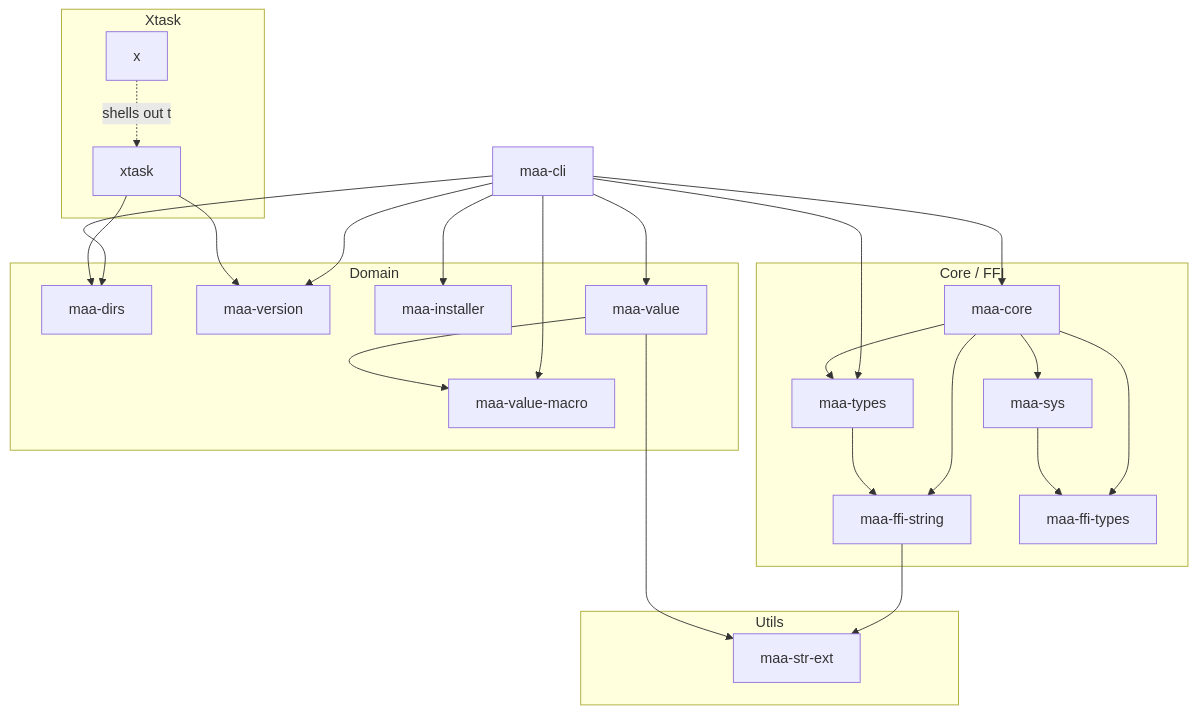
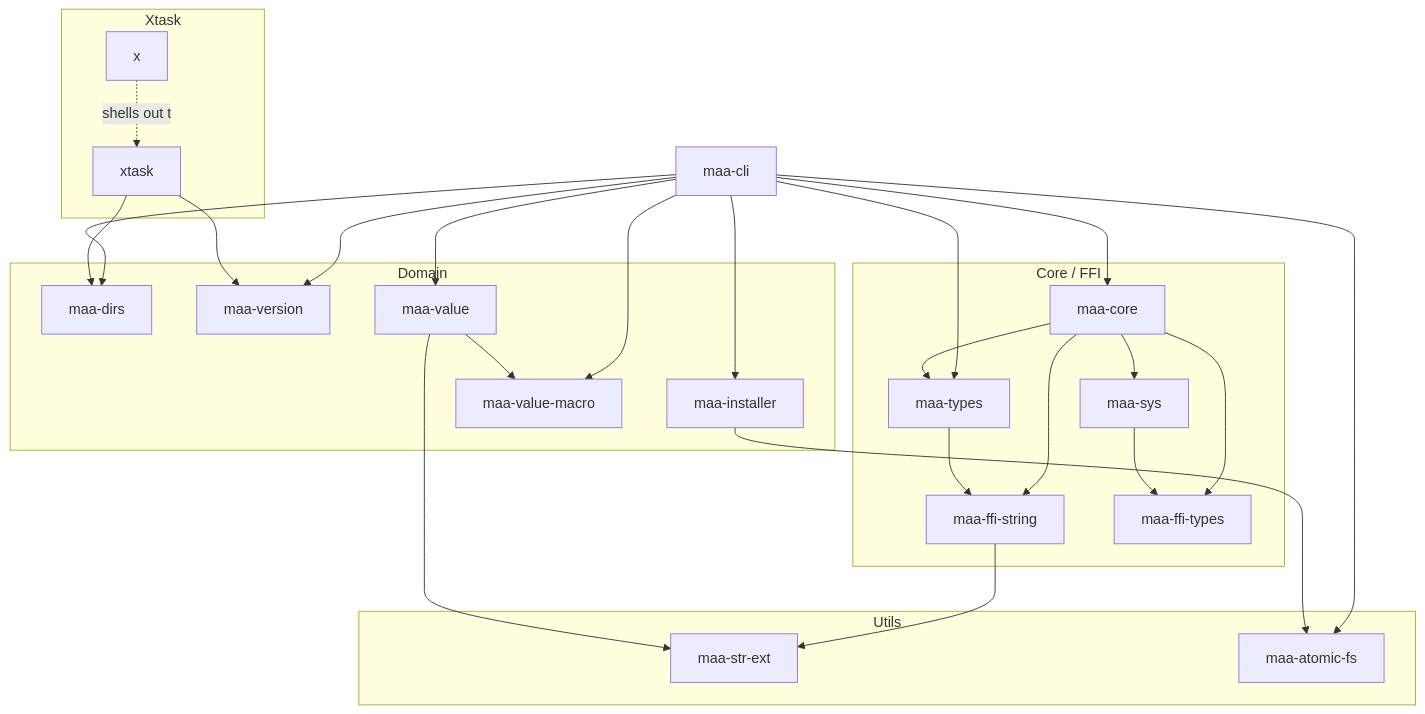
The diagram in AGENTS.md (MaaAssistantArknights/maa-cli), drawn with Mermaid before and after one commit. The commit also changed other lines of this file and 14 other files, not shown here.

````diff
--- a/AGENTS.md
+++ b/AGENTS.md
@@ -14,53 +14,56 @@
 ```mermaid
 graph TD
     CLI["maa-cli"]
 
     subgraph Domain
         DIRS["maa-dirs"]
         VERSION["maa-version"]
         INSTALLER["maa-installer"]
         VALUE["maa-value"]
         VALMACRO["maa-value-macro"]
     end
 
     subgraph Core["Core / FFI"]
         CORE["maa-core"]
         SYS["maa-sys"]
         FFISTR["maa-ffi-string"]
         TYPES["maa-types"]
         FFITYPES["maa-ffi-types"]
     end
 
     subgraph Utils
         STREXT["maa-str-ext"]
+        ATOMICFS["maa-atomic-fs"]
     end
     
     subgraph Xtask
         XTASK["xtask"]
         X["x"]
     end
 
     CLI --> CORE
     CLI --> DIRS
     CLI --> INSTALLER
     CLI --> TYPES
     CLI --> VALUE
     CLI --> VALMACRO
     CLI --> VERSION
+    CLI --> ATOMICFS
 
     CORE --> SYS
     CORE --> TYPES
     CORE --> FFISTR
     CORE --> FFITYPES
 
     SYS --> FFITYPES
     TYPES --> FFISTR
 
     FFISTR --> STREXT
     VALUE --> STREXT
     VALUE --> VALMACRO
+    INSTALLER --> ATOMICFS
     
     XTASK --> DIRS
     XTASK --> VERSION
     X -.shells out to.-> XTASK
 ```
````
